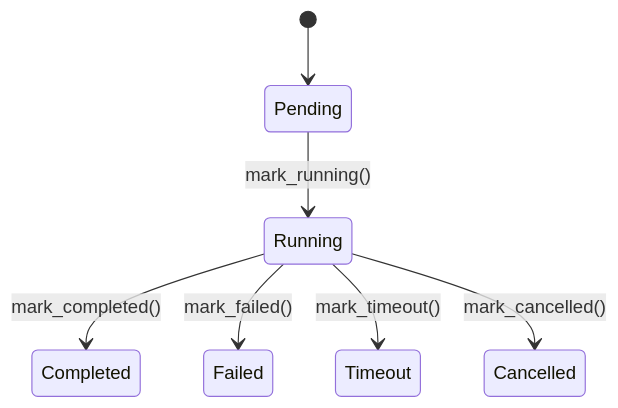
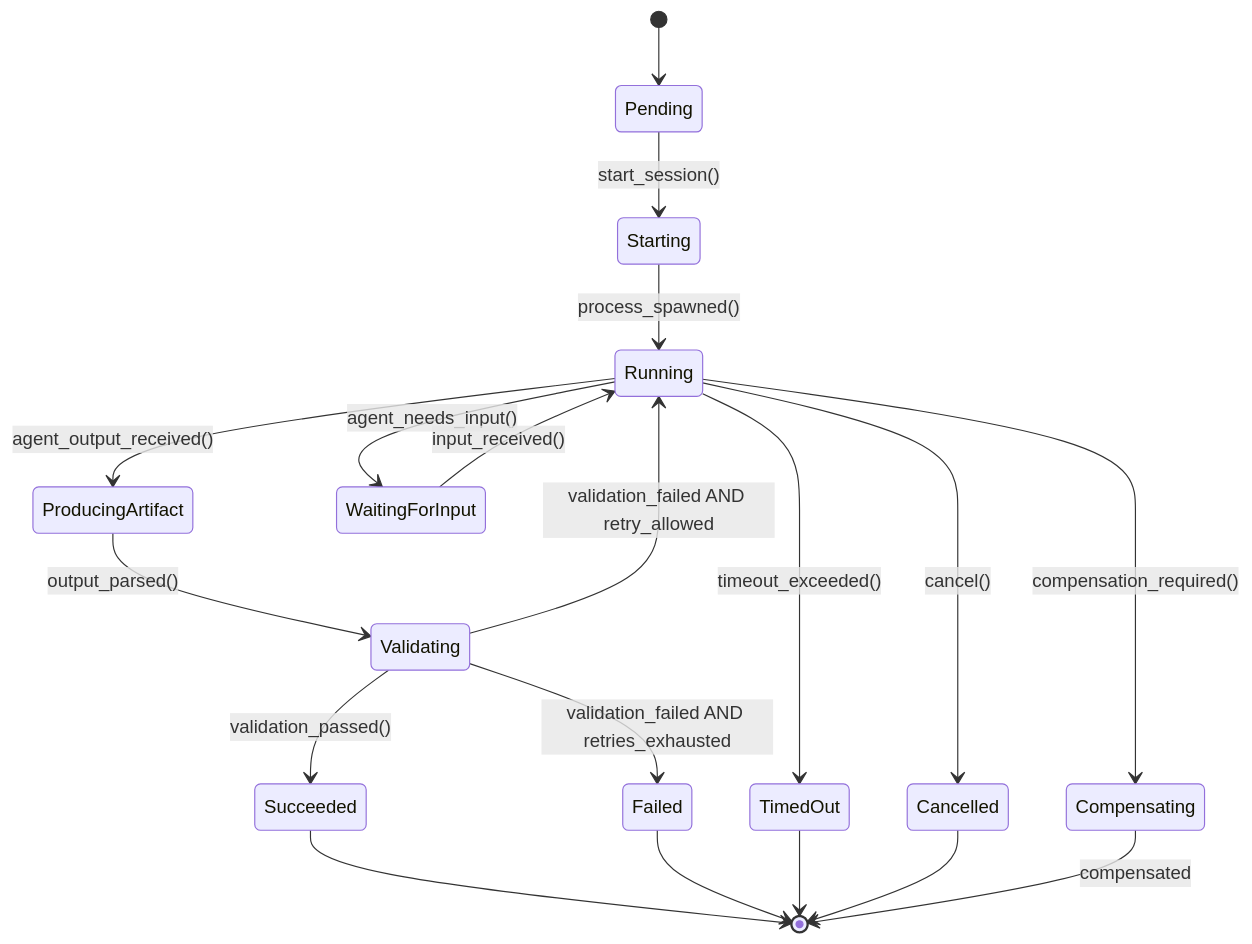
Before and after one commit to salimnamvar/amir: the second of 3 diagrams in docs/specification/model.md, drawn with Mermaid. The commit also changed other lines of this file and 29 other files, not shown here.

First line of the commit message:
docs(spec,contract,story): incorporate round-3 audit findings from 17 independent architecture audits

````diff
--- a/docs/specification/model.md
+++ b/docs/specification/model.md
@@ -172,9 +329,21 @@
 ```mermaid
 stateDiagram-v2
     [*] --> Pending
-    Pending --> Running: mark_running()
-    Running --> Completed: mark_completed()
-    Running --> Failed: mark_failed()
-    Running --> Timeout: mark_timeout()
-    Running --> Cancelled: mark_cancelled()
+    Pending --> Starting: start_session()
+    Starting --> Running: process_spawned()
+    Running --> ProducingArtifact: agent_output_received()
+    Running --> WaitingForInput: agent_needs_input()
+    Running --> TimedOut: timeout_exceeded()
+    WaitingForInput --> Running: input_received()
+    ProducingArtifact --> Validating: output_parsed()
+    Validating --> Succeeded: validation_passed()
+    Validating --> Failed: validation_failed AND retries_exhausted
+    Validating --> Running: validation_failed AND retry_allowed
+    Succeeded --> [*]
+    Failed --> [*]
+    TimedOut --> [*]
+    Running --> Cancelled: cancel()
+    Cancelled --> [*]
+    Running --> Compensating: compensation_required()
+    Compensating --> [*]: compensated
 ```
````
